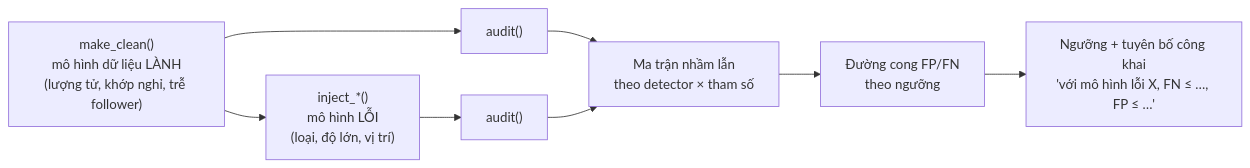
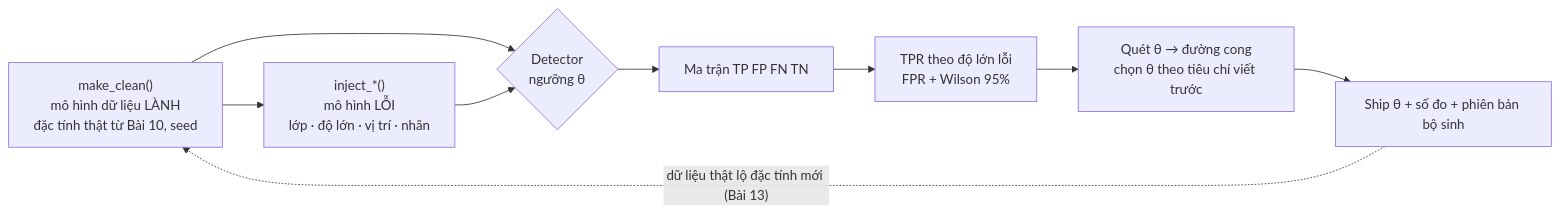
One commit to mrleloi/robotics-lab changed the fourth of 6 diagrams in giao-trinh/khoa-2/m2-dataset-audit.md. Above: the diagram before and after it, drawn with Mermaid. The commit also changed other lines of this file and 7 other files, not shown here.

````diff
--- a/giao-trinh/khoa-2/m2-dataset-audit.md
+++ b/giao-trinh/khoa-2/m2-dataset-audit.md
@@ -957,10 +967,11 @@
 ```mermaid
 flowchart LR
-  C["make_clean()<br/>mô hình dữ liệu LÀNH<br/>(lượng tử, khớp nghỉ, trễ follower)"] --> I["inject_*()<br/>mô hình LỖI<br/>(loại, độ lớn, vị trí)"]
-  C --> A0["audit()"]
-  I --> A1["audit()"]
-  A0 --> M["Ma trận nhầm lẫn<br/>theo detector × tham số"]
-  A1 --> M
-  M --> K["Đường cong FP/FN<br/>theo ngưỡng"]
-  K --> T["Ngưỡng + tuyên bố công khai<br/>'với mô hình lỗi X, FN ≤ …, FP ≤ …'"]
+  C["make_clean()<br/>mô hình dữ liệu LÀNH<br/>đặc tính thật từ Bài 10, seed"] --> I["inject_*()<br/>mô hình LỖI<br/>lớp · độ lớn · vị trí · nhãn"]
+  C --> D{"Detector<br/>ngưỡng θ"}
+  I --> D
+  D --> M["Ma trận TP FP FN TN"]
+  M --> R["TPR theo độ lớn lỗi<br/>FPR + Wilson 95%"]
+  R --> S["Quét θ → đường cong<br/>chọn θ theo tiêu chí viết trước"]
+  S --> P["Ship θ + số đo + phiên bản bộ sinh"]
+  P -. "dữ liệu thật lộ đặc tính mới (Bài 13)" .-> C
 ```
````
